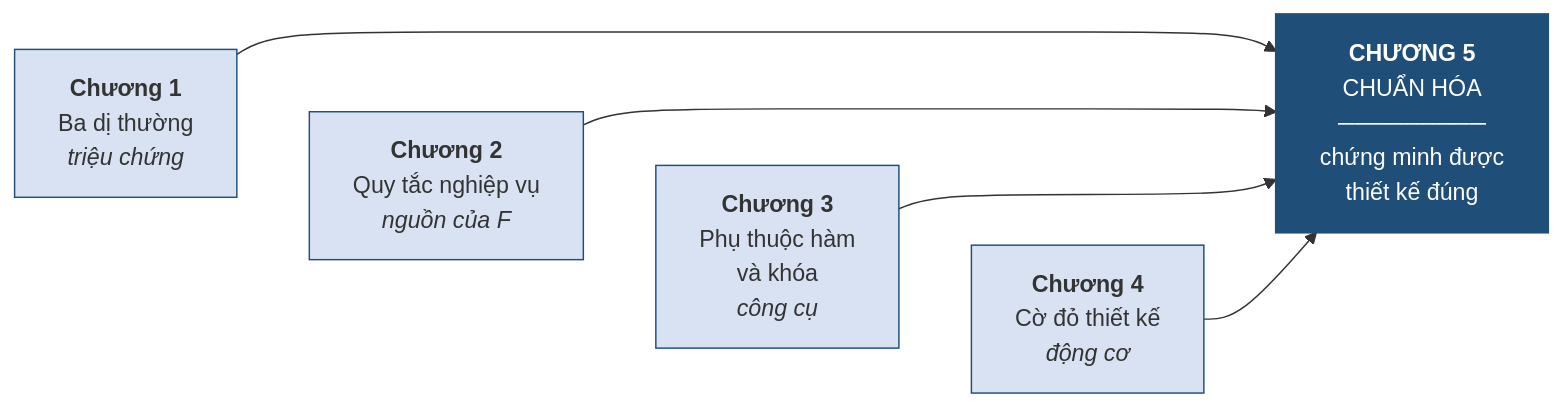
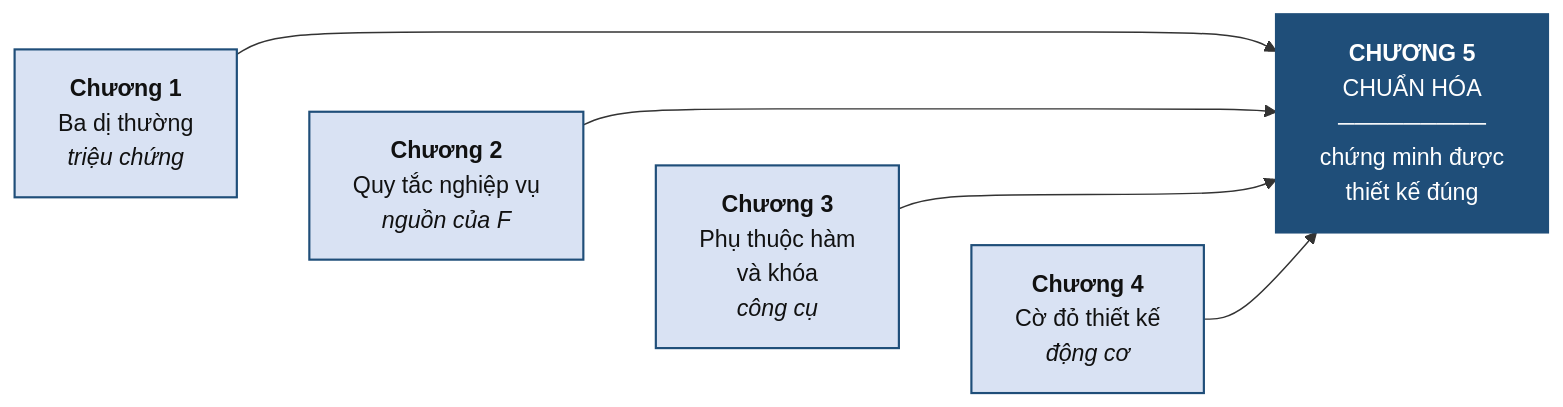
The diagram in docs/chuong-5/5-1-the-nao-la-mot-co-so-du-lieu-tot.md (CuongNguyenDAU/csdl-dbs201), drawn with Mermaid before and after one commit. The commit also changed other lines of this file and 123 other files, not shown here.

Commit message:
Cập nhật bài giảng v7: sơ đồ ER ký pháp Chen, hình minh họa tự vẽ, mở rộng toàn diện Chương 5 và bổ sung lời giải A4, B5

````diff
--- a/docs/chuong-5/5-1-the-nao-la-mot-co-so-du-lieu-tot.md
+++ b/docs/chuong-5/5-1-the-nao-la-mot-co-so-du-lieu-tot.md
@@ -21,16 +21,16 @@
 ```mermaid
 flowchart LR
     C1["<b>Chương 1</b><br/>Ba dị thường<br/><i>triệu chứng</i>"] --> C5
     C2["<b>Chương 2</b><br/>Quy tắc nghiệp vụ<br/><i>nguồn của F</i>"] --> C5
     C3["<b>Chương 3</b><br/>Phụ thuộc hàm<br/>và khóa<br/><i>công cụ</i>"] --> C5
     C4["<b>Chương 4</b><br/>Cờ đỏ thiết kế<br/><i>động cơ</i>"] --> C5
     C5["<b>CHƯƠNG 5</b><br/>CHUẨN HÓA<br/>─────────<br/>chứng minh được<br/>thiết kế đúng"]
     C1 ~~~ C2
     C2 ~~~ C3
     C3 ~~~ C4
-    style C5 fill:#1F4E79,color:#fff,stroke:#1F4E79,stroke-width:2px
-    style C1 fill:#D9E2F3,stroke:#1F4E79
-    style C2 fill:#D9E2F3,stroke:#1F4E79
-    style C3 fill:#D9E2F3,stroke:#1F4E79
-    style C4 fill:#D9E2F3,stroke:#1F4E79
+    style C5 fill:#1F4E79,color:#ffffff,stroke:#1F4E79,stroke-width:2px
+    style C1 fill:#D9E2F3,color:#111111,stroke:#1F4E79,stroke-width:1.5px
+    style C2 fill:#D9E2F3,color:#111111,stroke:#1F4E79,stroke-width:1.5px
+    style C3 fill:#D9E2F3,color:#111111,stroke:#1F4E79,stroke-width:1.5px
+    style C4 fill:#D9E2F3,color:#111111,stroke:#1F4E79,stroke-width:1.5px
 ```
````
